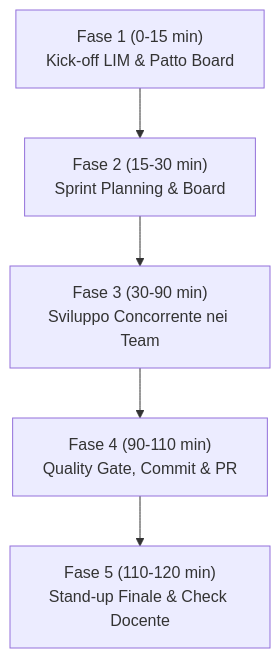
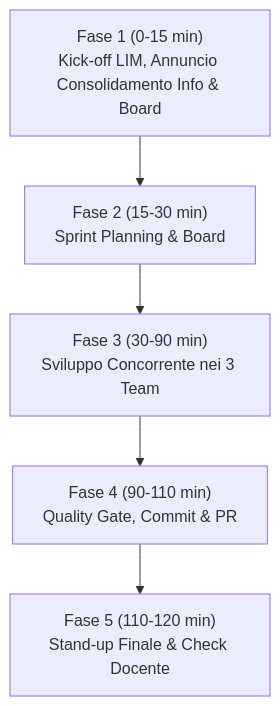
Before and after one commit to makiumjs/ProgettoNevegal: the diagram in docs/piano-lezione-sprint1.md, drawn with Mermaid. The commit also changed other lines of this file and 10 other files, not shown here.

Commit message:
docs(teams): riorganizzazione a 3 Feature Team (3-4-3) e consolidamento pagina info su main

````diff
--- a/docs/piano-lezione-sprint1.md
+++ b/docs/piano-lezione-sprint1.md
@@ -38,7 +39,7 @@
 ```mermaid
 flowchart TD
-    F1["Fase 1 (0-15 min)<br>Kick-off LIM & Patto Board"] --> F2["Fase 2 (15-30 min)<br>Sprint Planning & Board"]
-    F2 --> F3["Fase 3 (30-90 min)<br>Sviluppo Concorrente nei Team"]
+    F1["Fase 1 (0-15 min)<br>Kick-off LIM, Annuncio Consolidamento Info & Board"] --> F2["Fase 2 (15-30 min)<br>Sprint Planning & Board"]
+    F2 --> F3["Fase 3 (30-90 min)<br>Sviluppo Concorrente nei 3 Team"]
     F3 --> F4["Fase 4 (90-110 min)<br>Quality Gate, Commit & PR"]
     F4 --> F5["Fase 5 (110-120 min)<br>Stand-up Finale & Check Docente"]
 ```
````
